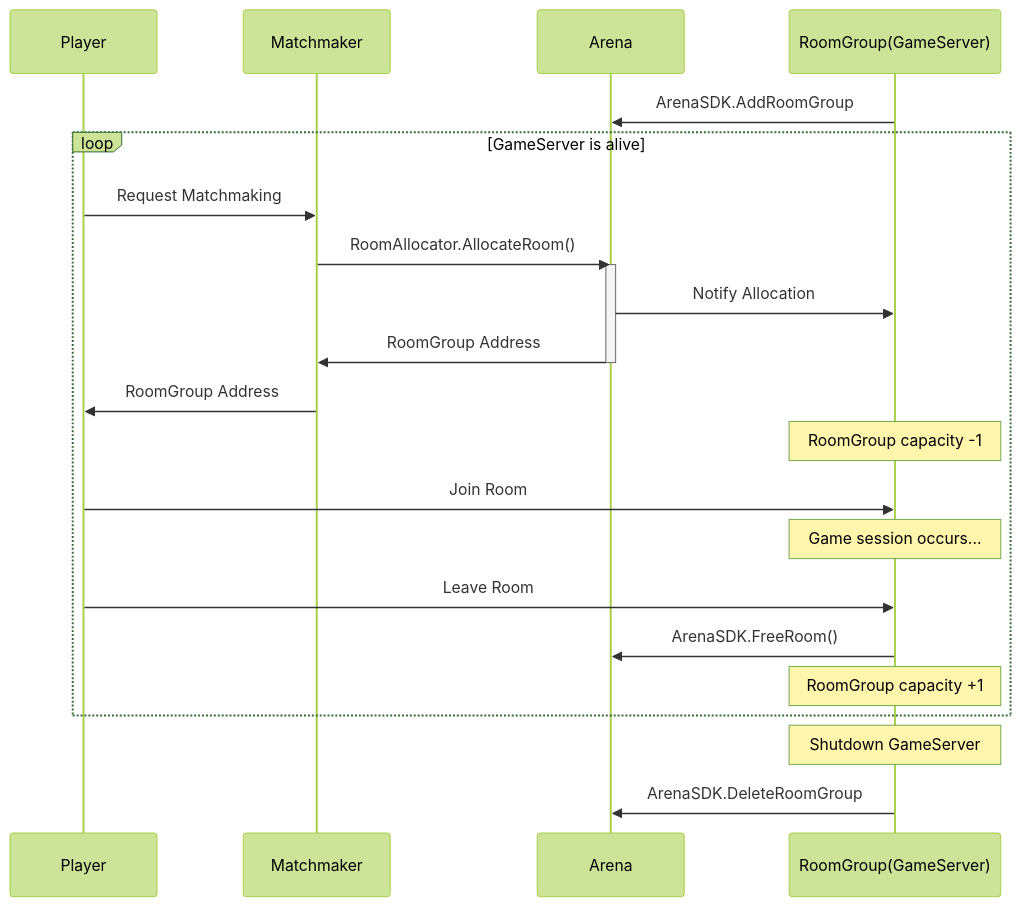
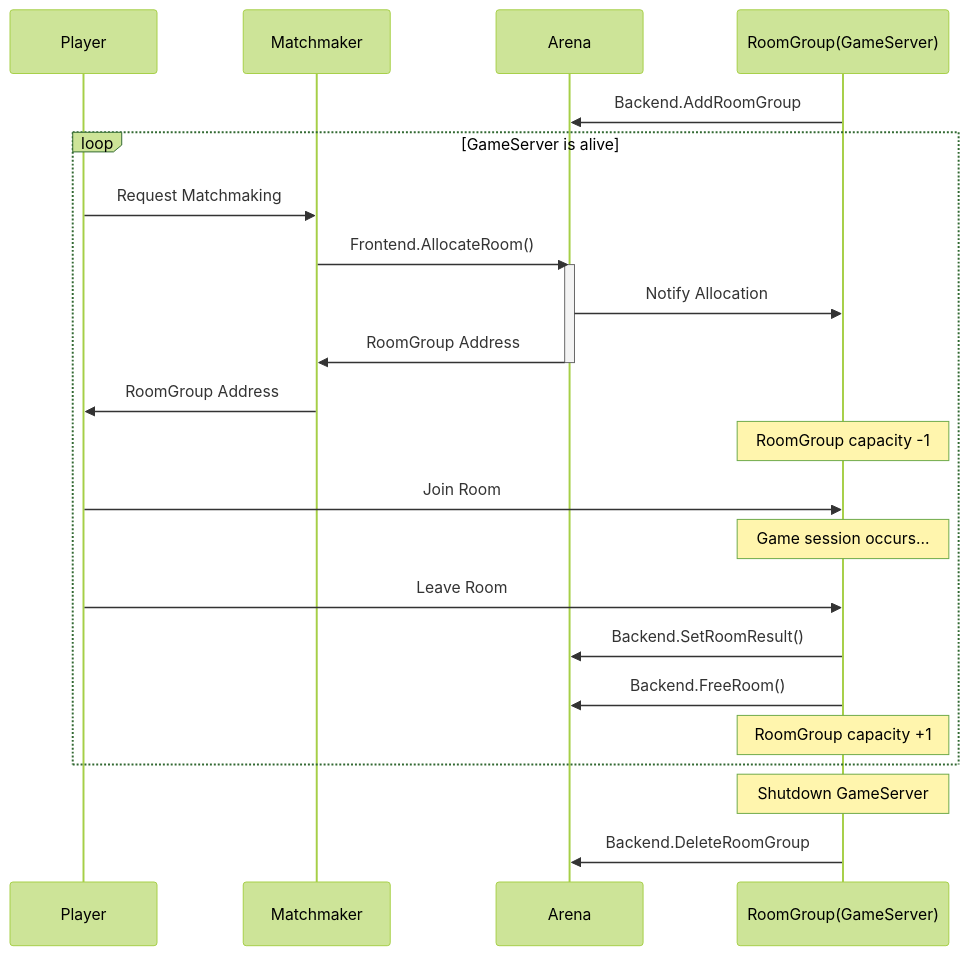
Before and after one commit to castaneai/arena: the diagram in README.md, drawn with Mermaid (forest theme). The commit also changed other lines of this file and 27 other files, not shown here.

Commit message:
frontend/backend

````diff
--- a/README.md
+++ b/README.md
@@ -18,27 +18,28 @@
 ```mermaid
 sequenceDiagram
     participant Player
     participant Matchmaker
     participant Arena
     participant GameServer as RoomGroup(GameServer)
 
-    GameServer ->> Arena: ArenaSDK.AddRoomGroup
+    GameServer ->> Arena: Backend.AddRoomGroup
     loop GameServer is alive
         Player ->> Matchmaker: Request Matchmaking
-        Matchmaker ->> Arena: RoomAllocator.AllocateRoom()
+        Matchmaker ->> Arena: Frontend.AllocateRoom()
         activate Arena
         Arena ->> GameServer: Notify Allocation
         Arena ->> Matchmaker: RoomGroup Address
         deactivate Arena
         Matchmaker ->> Player: RoomGroup Address
         Note over GameServer: RoomGroup capacity -1
 
         Player ->> GameServer: Join Room
         Note over GameServer: Game session occurs...
         Player ->> GameServer: Leave Room
-        GameServer ->> Arena: ArenaSDK.FreeRoom()
+        GameServer ->> Arena: Backend.SetRoomResult()
+        GameServer ->> Arena: Backend.FreeRoom()
         Note over GameServer: RoomGroup capacity +1
     end
     Note over GameServer: Shutdown GameServer
-    GameServer ->> Arena: ArenaSDK.DeleteRoomGroup
+    GameServer ->> Arena: Backend.DeleteRoomGroup
 ```
````
